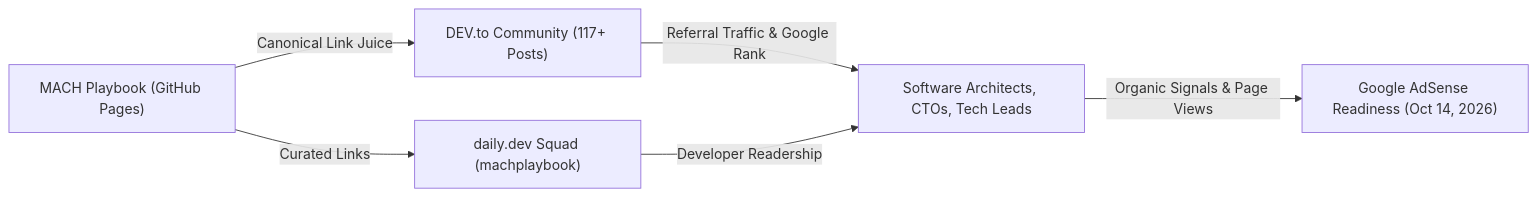
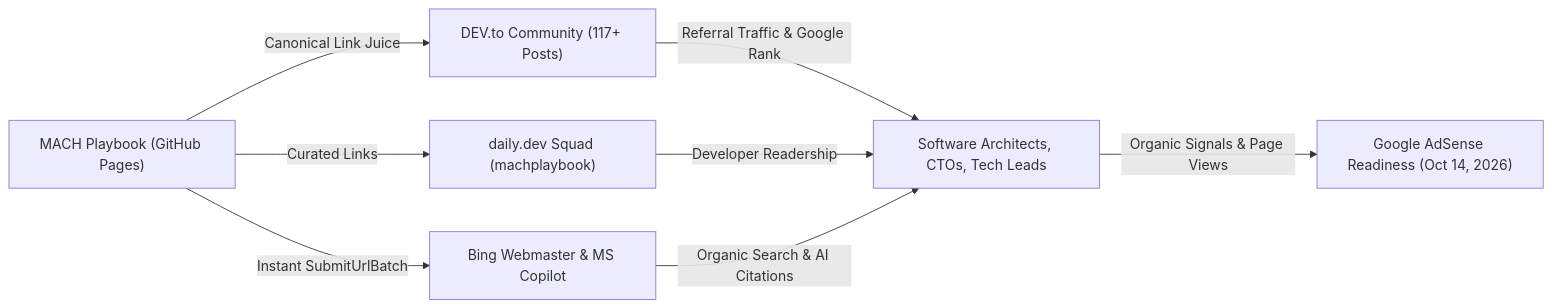
The first of 3 diagrams in wiki/content-syndication-and-distribution.md (mach-playbook/mach-playbook.github.io), drawn with Mermaid before and after one commit. The commit also changed other lines of this file and 6 other files, not shown here.

````diff
--- a/wiki/content-syndication-and-distribution.md
+++ b/wiki/content-syndication-and-distribution.md
@@ -12,8 +12,10 @@
 ```mermaid
 flowchart LR
     Origin["MACH Playbook (GitHub Pages)"] -->|Canonical Link Juice| DevTo["DEV.to Community (117+ Posts)"]
     Origin -->|Curated Links| DailyDev["daily.dev Squad (machplaybook)"]
+    Origin -->|Instant SubmitUrlBatch| BingCopilot["Bing Webmaster & MS Copilot"]
     DevTo -->|Referral Traffic & Google Rank| Audience["Software Architects, CTOs, Tech Leads"]
     DailyDev -->|Developer Readership| Audience
+    BingCopilot -->|Organic Search & AI Citations| Audience
     Audience -->|Organic Signals & Page Views| AdSense["Google AdSense Readiness (Oct 14, 2026)"]
 ```
````
